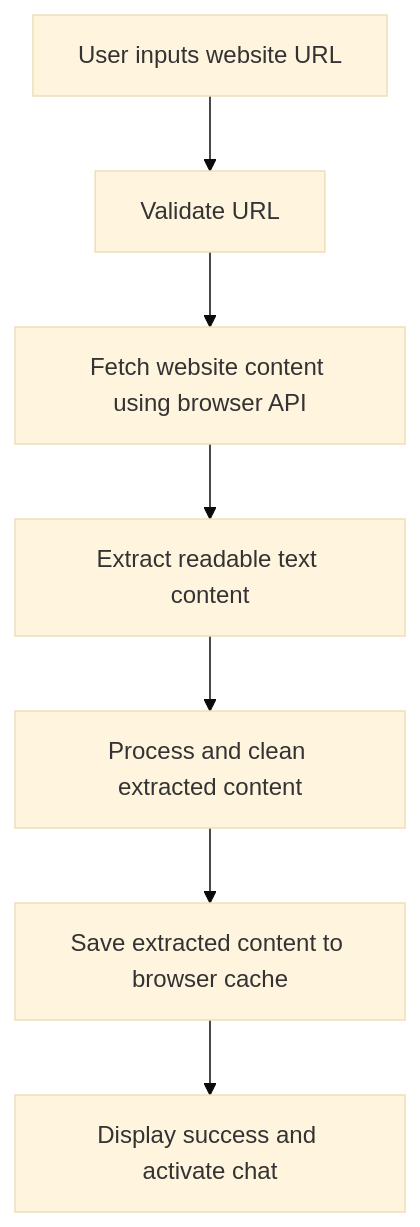
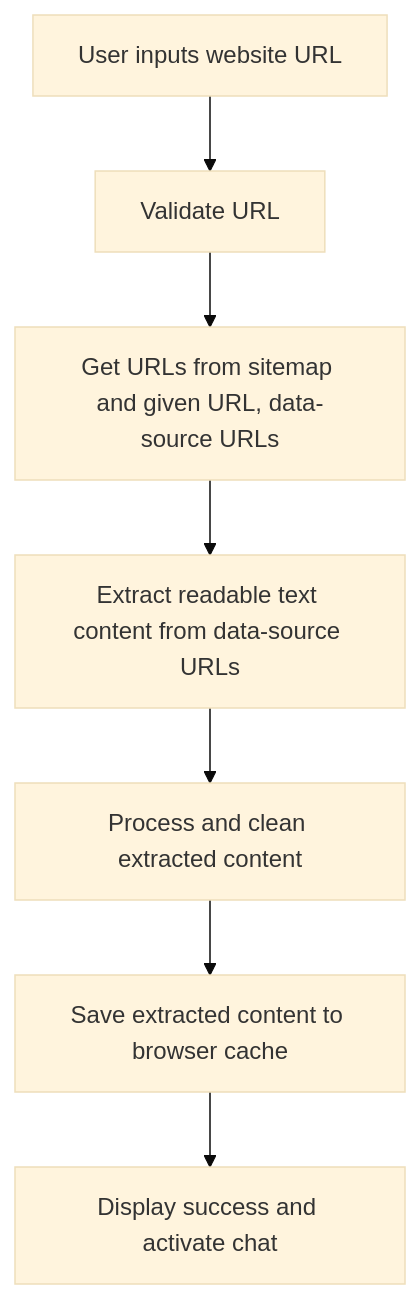
The first of 3 diagrams in spec/poc.md (numbersprotocol/webbrain-poc), drawn with Mermaid (base theme) before and after one commit. The commit also changed other lines of this file, not shown here.

Commit message:
Update poc.md
The given URL and the sitemap URLs are data-source URLs.

````diff
--- a/spec/poc.md
+++ b/spec/poc.md
@@ -179,9 +179,9 @@
 ```mermaid
 graph TD
     A[User inputs website URL] --> B[Validate URL]
-    B --> C[Fetch website content using browser API]
-    C --> D[Extract readable text content]
+    B --> C[Get URLs from sitemap and given URL, data-source URLs]
+    C --> D[Extract readable text content from data-source URLs]
     D --> E[Process and clean extracted content]
     E --> F[Save extracted content to browser cache]
     F --> G[Display success and activate chat]
 ```
````
